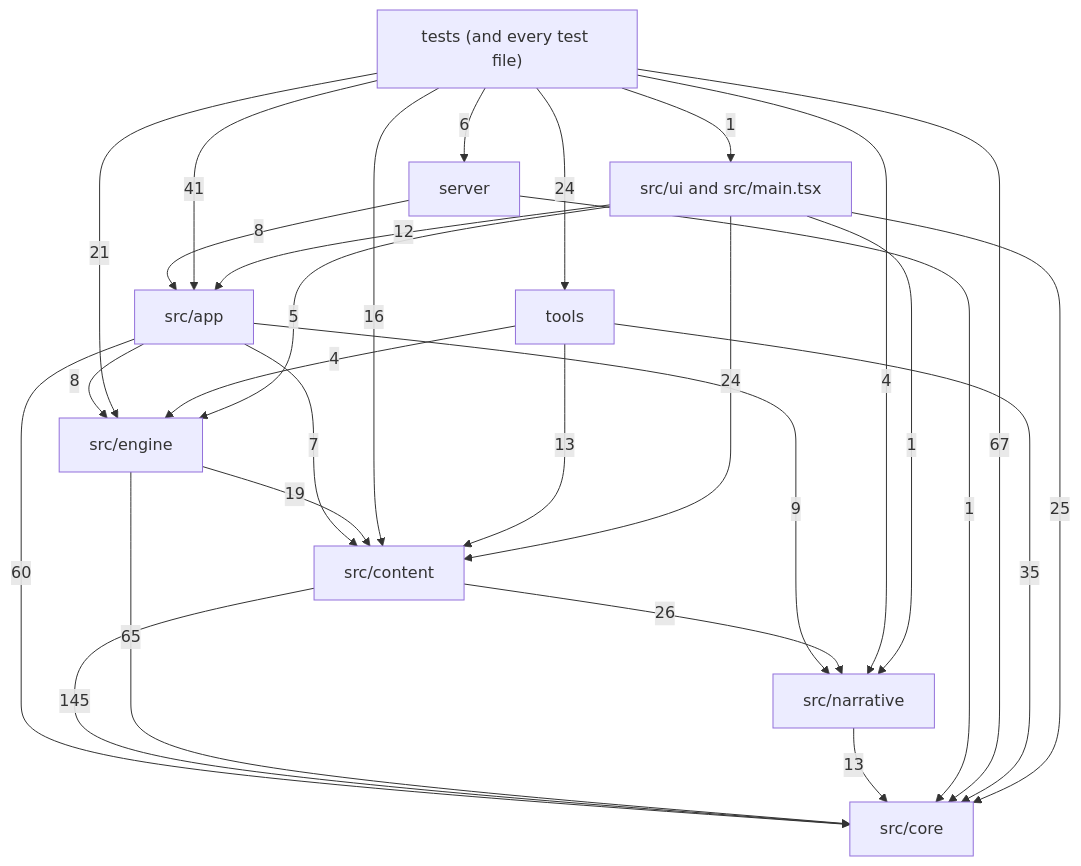
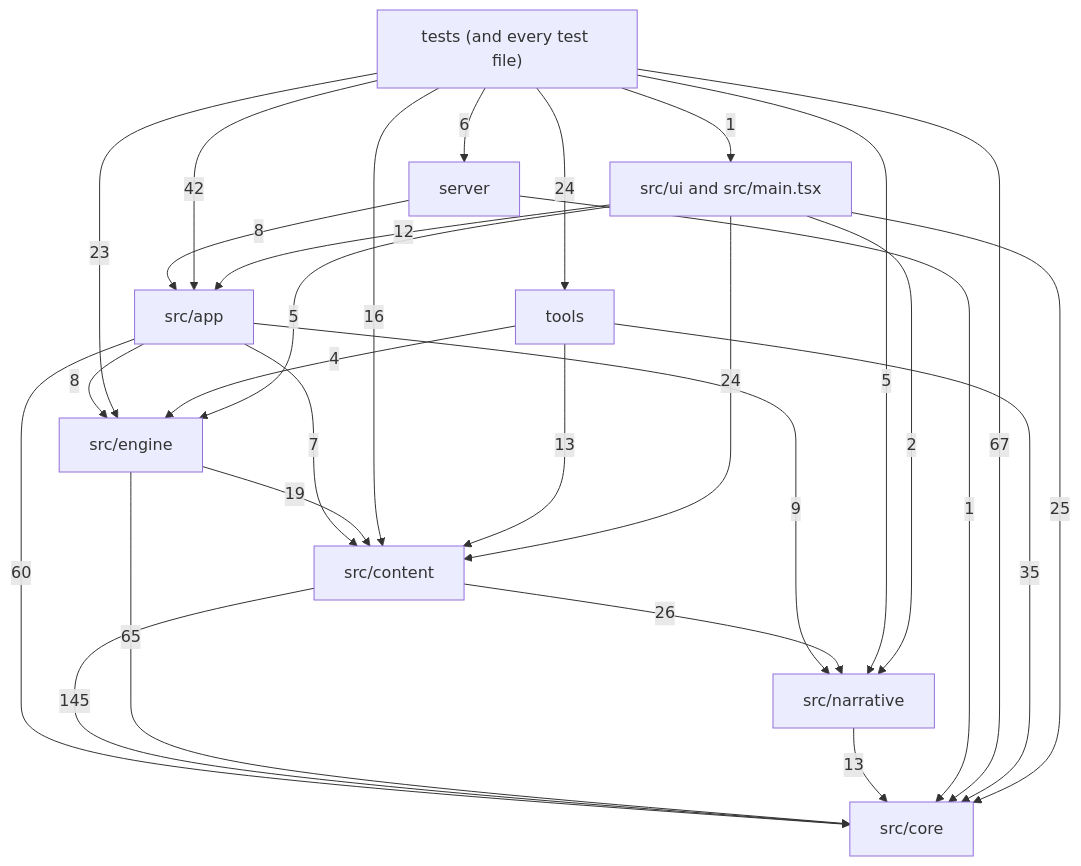
One commit to OrangeB0lt/Cyber-funk changed the diagram in docs/reference/code-map/README.md. Above: the diagram before and after it, drawn with Mermaid. The commit also changed other lines of this file and 24 other files, not shown here.

````diff
--- a/docs/reference/code-map/README.md
+++ b/docs/reference/code-map/README.md
@@ -29,39 +29,39 @@
 ```mermaid
 flowchart TD
   core["src/core"]
   narrative["src/narrative"]
   content["src/content"]
   engine["src/engine"]
   app["src/app"]
   ui["src/ui and src/main.tsx"]
   server["server"]
   tools["tools"]
   tests["tests (and every test file)"]
   app -->|7| content
   app -->|60| core
   app -->|8| engine
   app -->|9| narrative
   content -->|145| core
   content -->|26| narrative
   engine -->|19| content
   engine -->|65| core
   narrative -->|13| core
   server -->|8| app
   server -->|1| core
-  tests -->|41| app
+  tests -->|42| app
   tests -->|16| content
   tests -->|67| core
-  tests -->|21| engine
-  tests -->|4| narrative
+  tests -->|23| engine
+  tests -->|5| narrative
   tests -->|6| server
   tests -->|24| tools
   tests -->|1| ui
   tools -->|13| content
   tools -->|35| core
   tools -->|4| engine
   ui -->|12| app
   ui -->|24| content
   ui -->|25| core
   ui -->|5| engine
-  ui -->|1| narrative
+  ui -->|2| narrative
 ```
````
